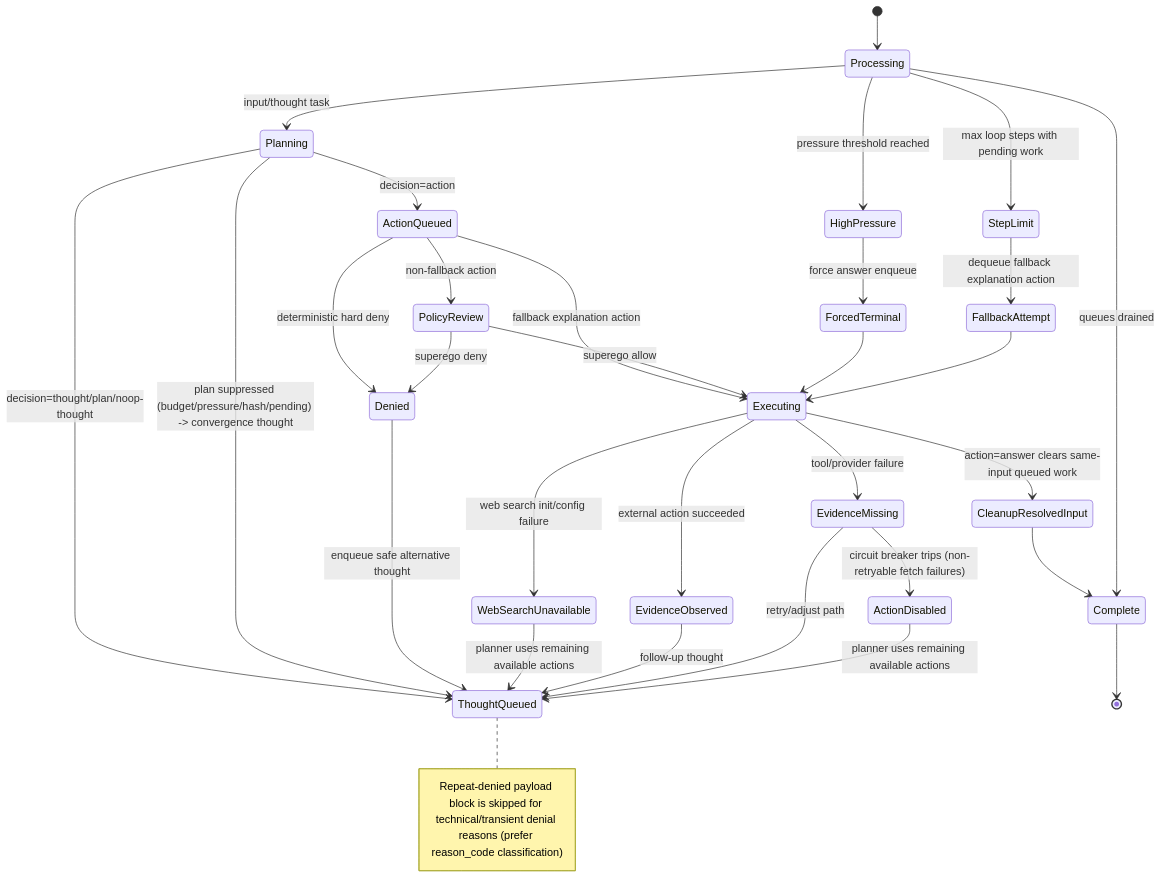
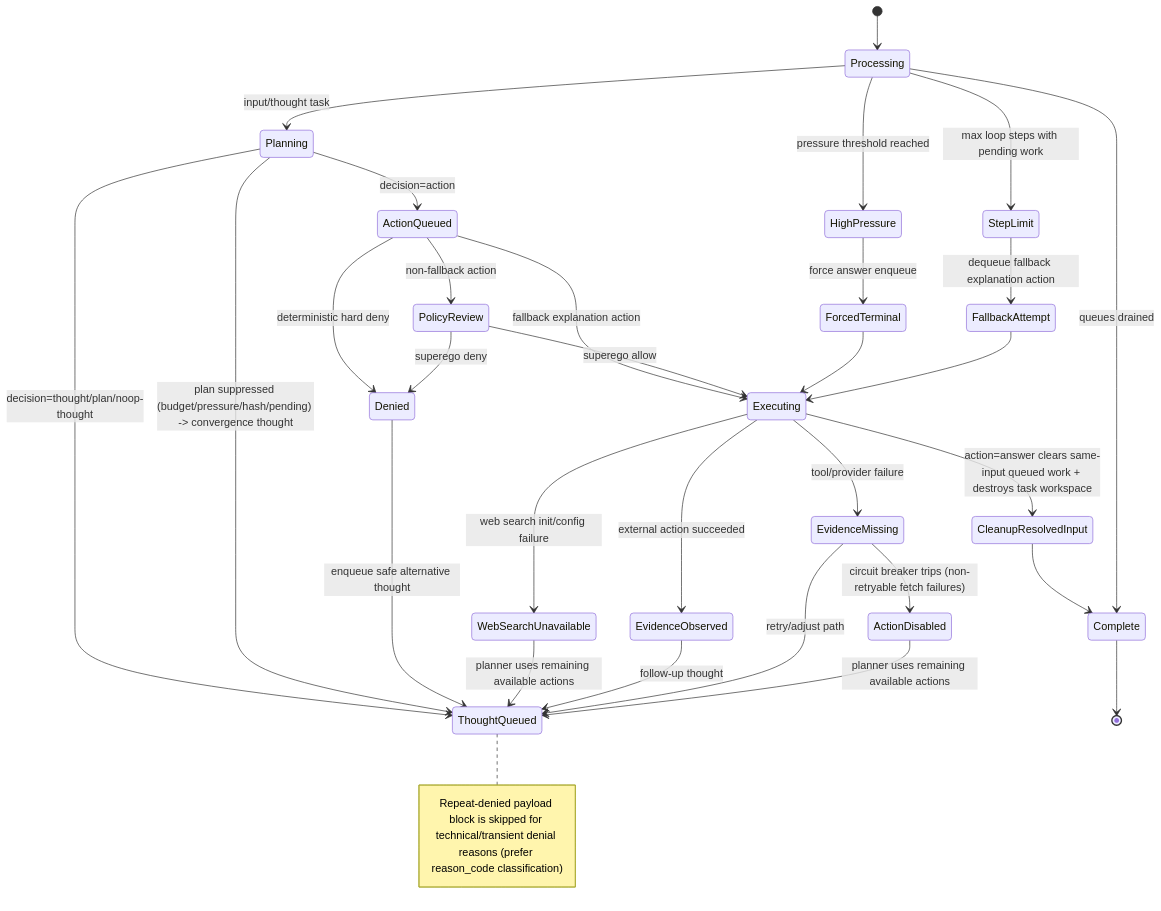
Before and after one commit to neopsyke/NeoPsyke: the fifth of 6 diagrams in AGENT_LOGIC_DIAGRAM.md, drawn with Mermaid. The commit also changed other lines of this file and 21 other files, not shown here.

Commit message:
feat: add per-request task workspace memory with lifecycle and eval coverage

````diff
--- a/AGENT_LOGIC_DIAGRAM.md
+++ b/AGENT_LOGIC_DIAGRAM.md
@@ -151,40 +159,40 @@
 ```mermaid
 stateDiagram-v2
     [*] --> Processing
 
     Processing --> Planning: input/thought task
     Planning --> ActionQueued: decision=action
     Planning --> ThoughtQueued: decision=thought/plan/noop-thought
     Planning --> ThoughtQueued: plan suppressed (budget/pressure/hash/pending) -> convergence thought
 
     ActionQueued --> PolicyReview: non-fallback action
     ActionQueued --> Executing: fallback explanation action
     ActionQueued --> Denied: deterministic hard deny
 
     PolicyReview --> Denied: superego deny
     Denied --> ThoughtQueued: enqueue safe alternative thought
     Note right of ThoughtQueued: Repeat-denied payload block is skipped for technical/transient denial reasons (prefer reason_code classification)
 
     PolicyReview --> Executing: superego allow
     Executing --> EvidenceObserved: external action succeeded
     Executing --> EvidenceMissing: tool/provider failure
     Executing --> WebSearchUnavailable: web search init/config failure
     WebSearchUnavailable --> ThoughtQueued: planner uses remaining available actions
     EvidenceObserved --> ThoughtQueued: follow-up thought
     EvidenceMissing --> ThoughtQueued: retry/adjust path
     EvidenceMissing --> ActionDisabled: circuit breaker trips (non-retryable fetch failures)
     ActionDisabled --> ThoughtQueued: planner uses remaining available actions
 
     Processing --> HighPressure: pressure threshold reached
     HighPressure --> ForcedTerminal: force answer enqueue
     ForcedTerminal --> Executing
 
     Processing --> StepLimit: max loop steps with pending work
     StepLimit --> FallbackAttempt: dequeue fallback explanation action
     FallbackAttempt --> Executing
 
-    Executing --> CleanupResolvedInput: action=answer clears same-input queued work
+    Executing --> CleanupResolvedInput: action=answer clears same-input queued work + destroys task workspace
     CleanupResolvedInput --> Complete
     Processing --> Complete: queues drained
     Complete --> [*]
 ```
````
